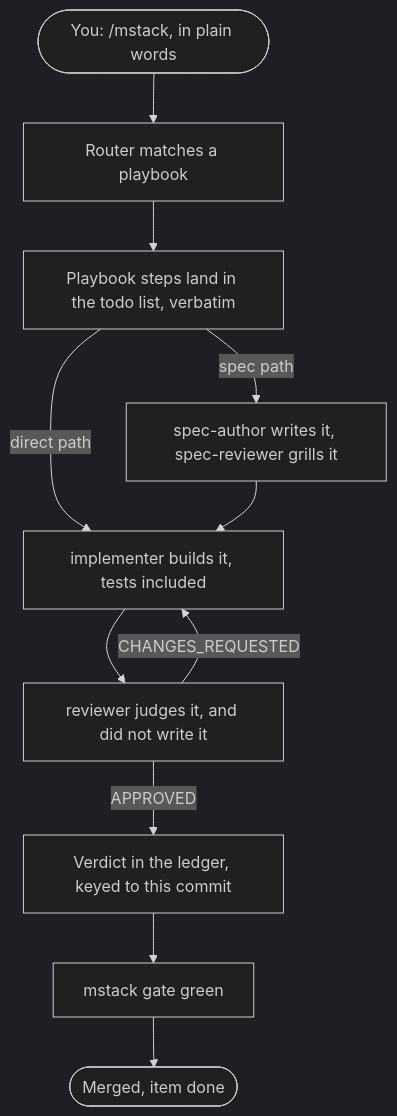
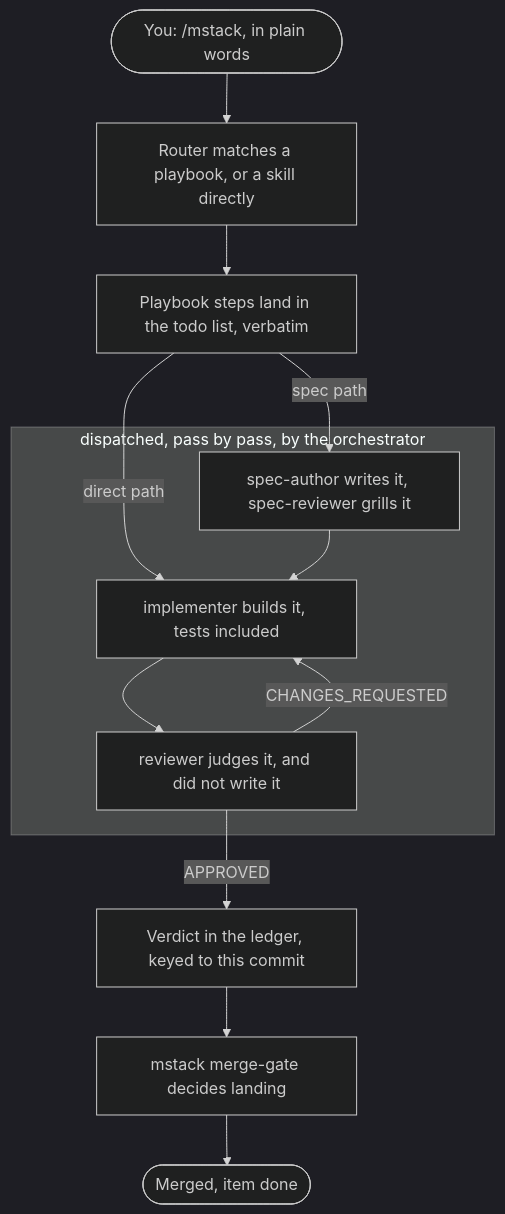
The diagram in README.md (romerma/mstack), drawn with Mermaid (dark theme) before and after one commit. The commit also changed other lines of this file and 13 other files, not shown here.

````diff
--- a/README.md
+++ b/README.md
@@ -34,13 +34,18 @@
 ```mermaid
 flowchart TD
-    you(["You: /mstack, in plain words"]) --> router["Router matches a playbook"]
+    you(["You: /mstack, in plain words"]) --> router["Router matches a playbook, or a skill directly"]
     router --> steps["Playbook steps land in the todo list, verbatim"]
-    steps -->|"spec path"| spec["spec-author writes it, spec-reviewer grills it"]
-    steps -->|"direct path"| impl["implementer builds it, tests included"]
-    spec --> impl
-    impl --> review["reviewer judges it, and did not write it"]
-    review -->|"CHANGES_REQUESTED"| impl
+    steps -->|"spec path"| spec
+    steps -->|"direct path"| impl
+    subgraph orch["dispatched, pass by pass, by the orchestrator"]
+        spec["spec-author writes it, spec-reviewer grills it"]
+        impl["implementer builds it, tests included"]
+        review["reviewer judges it, and did not write it"]
+        spec --> impl
+        impl --> review
+        review -->|"CHANGES_REQUESTED"| impl
+    end
     review -->|"APPROVED"| ledger["Verdict in the ledger, keyed to this commit"]
-    ledger --> gate["mstack gate green"]
-    gate --> merged(["Merged, item done"])
+    ledger --> merge["mstack merge-gate decides landing"]
+    merge --> merged(["Merged, item done"])
 ```
````
